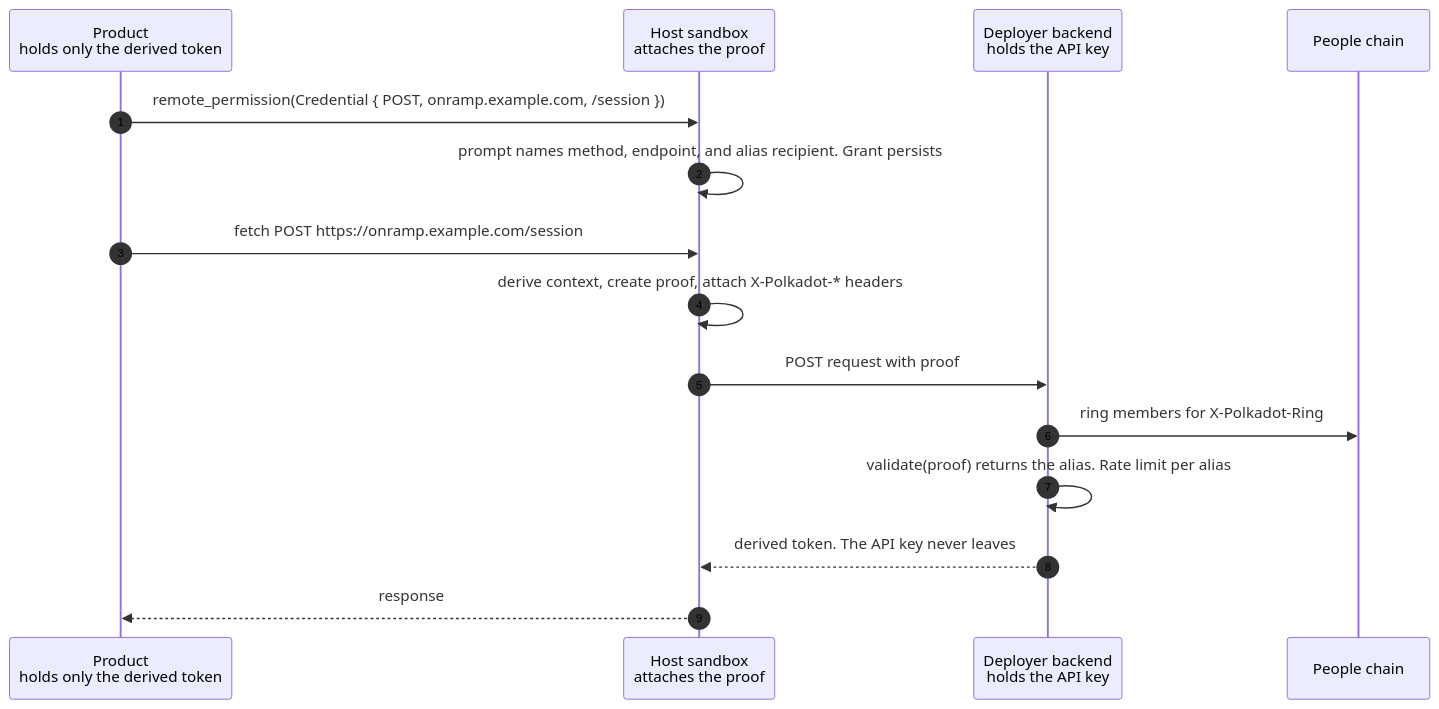
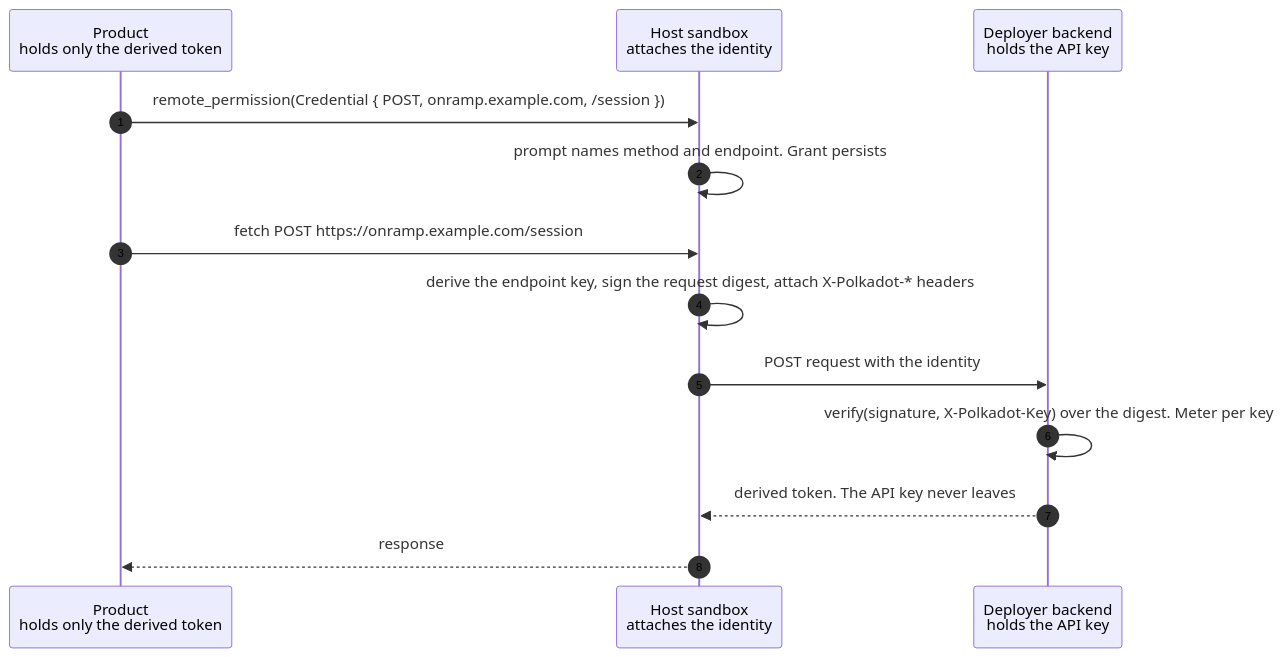
Before and after one commit to boringcache/host-rust-core: the diagram in docs/rfcs/0025-scoped-remote-permission.md, drawn with Mermaid. The commit also changed other lines of this file and 2 other files, not shown here.

First line of the commit message:
Specify the credential identity as an entropy-derived key (RFC 0025)

````diff
--- a/docs/rfcs/0025-scoped-remote-permission.md
+++ b/docs/rfcs/0025-scoped-remote-permission.md
@@ -39,19 +39,17 @@
 ```mermaid
 %%{init: {"themeVariables": {"sequenceNumberColor": "#000000"}}}%%
 sequenceDiagram
     autonumber
     participant P as Product<br/>holds only the derived token
-    participant H as Host sandbox<br/>attaches the proof
+    participant H as Host sandbox<br/>attaches the identity
     participant B as Deployer backend<br/>holds the API key
-    participant C as People chain
 
     P->>H: remote_permission(Credential { POST, onramp.example.com, /session })
-    H->>H: prompt names method, endpoint, and alias recipient. Grant persists
+    H->>H: prompt names method and endpoint. Grant persists
     P->>H: fetch POST https://onramp.example.com/session
-    H->>H: derive context, create proof, attach X-Polkadot-* headers
-    H->>B: POST request with proof
-    B->>C: ring members for X-Polkadot-Ring
-    B->>B: validate(proof) returns the alias. Rate limit per alias
+    H->>H: derive the endpoint key, sign the request digest, attach X-Polkadot-* headers
+    H->>B: POST request with the identity
+    B->>B: verify(signature, X-Polkadot-Key) over the digest. Meter per key
     B-->>H: derived token. The API key never leaves
     H-->>P: response
 ```
````
